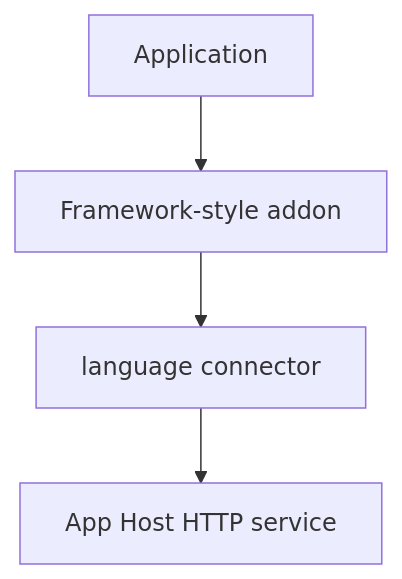
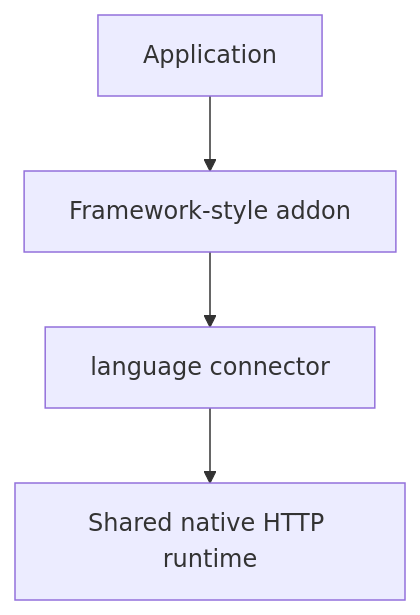
The second of 2 diagrams in coakka-http-runtime/docs/app-host-and-connectors.md (phuong-tran/coakka-publish), drawn with Mermaid before and after one commit. The commit also changed other lines of this file and 35 other files, not shown here.

Commit message:
Clarify Runtime-first navigation and shared HTTP runtime benefits

````diff
--- a/coakka-http-runtime/docs/app-host-and-connectors.md
+++ b/coakka-http-runtime/docs/app-host-and-connectors.md
@@ -78,9 +83,9 @@
 ```mermaid
 flowchart TD
     App[Application]
     Addon[Framework-style addon]
     Connector[language connector]
-    Host[App Host HTTP service]
+    Host[Shared native HTTP runtime]
 
     App --> Addon --> Connector --> Host
 ```
````
